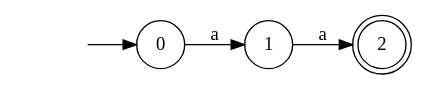
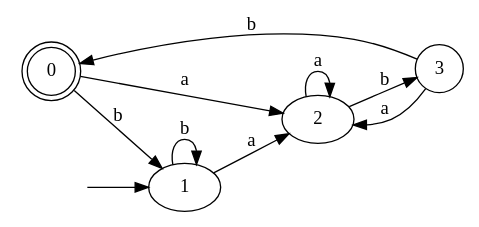
One commit to Faymiaouent/Automa4U changed the diagram in dotfiles/DFA10.dot. Above: the diagram before and after it, drawn with Graphviz. The commit also changed 86 other files, not shown here.

```diff
--- a/dotfiles/DFA10.dot
+++ b/dotfiles/DFA10.dot
@@ -1,10 +1,17 @@
 digraph Automaton {
   rankdir = LR;
+0 [shape=doublecircle]; 
+  0 -> 2 [label="a"];
+  0 -> 1 [label="b"];
 node [shape=circle];
   initial [shape=plaintext,label=""];
-  initial -> 0
-  0 -> 1 [label="a"];
+  initial -> 1
+  1 -> 2 [label="a"];
+  1 -> 1 [label="b"];
 node [shape=circle];
-  1 -> 2 [label="a"];
-2 [shape=doublecircle]; 
+  2 -> 2 [label="a"];
+  2 -> 3 [label="b"];
+node [shape=circle];
+  3 -> 2 [label="a"];
+  3 -> 0 [label="b"];
 }
```
